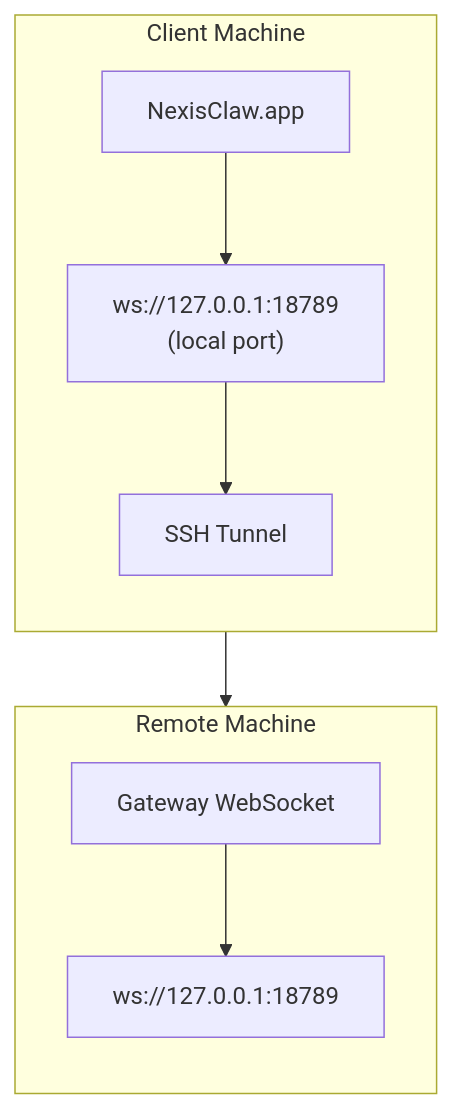
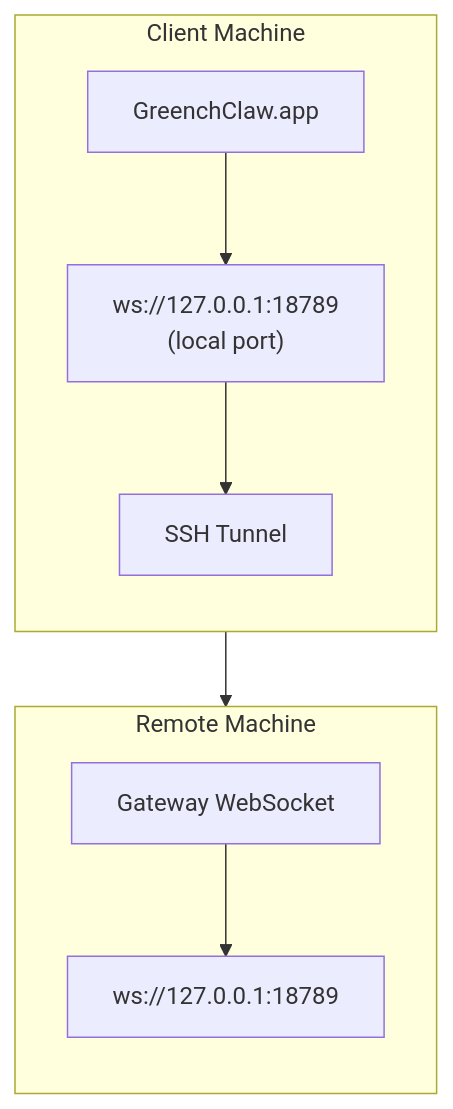
Before and after one commit to greench-ai/greench-claw: the diagram in docs/gateway/remote-gateway-readme.md, drawn with Mermaid. The commit also changed other lines of this file and 9467 other files, not shown here.

````diff
--- a/docs/gateway/remote-gateway-readme.md
+++ b/docs/gateway/remote-gateway-readme.md
@@ -15,20 +15,20 @@
 ```mermaid
 flowchart TB
     subgraph Client["Client Machine"]
         direction TB
-        A["NexisClaw.app"]
+        A["GreenchClaw.app"]
         B["ws://127.0.0.1:18789\n(local port)"]
         T["SSH Tunnel"]
 
         A --> B
         B --> T
     end
     subgraph Remote["Remote Machine"]
         direction TB
         C["Gateway WebSocket"]
         D["ws://127.0.0.1:18789"]
 
         C --> D
     end
     T --> C
 ```
````
